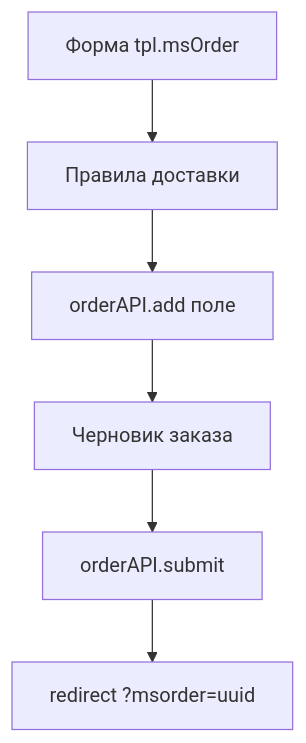
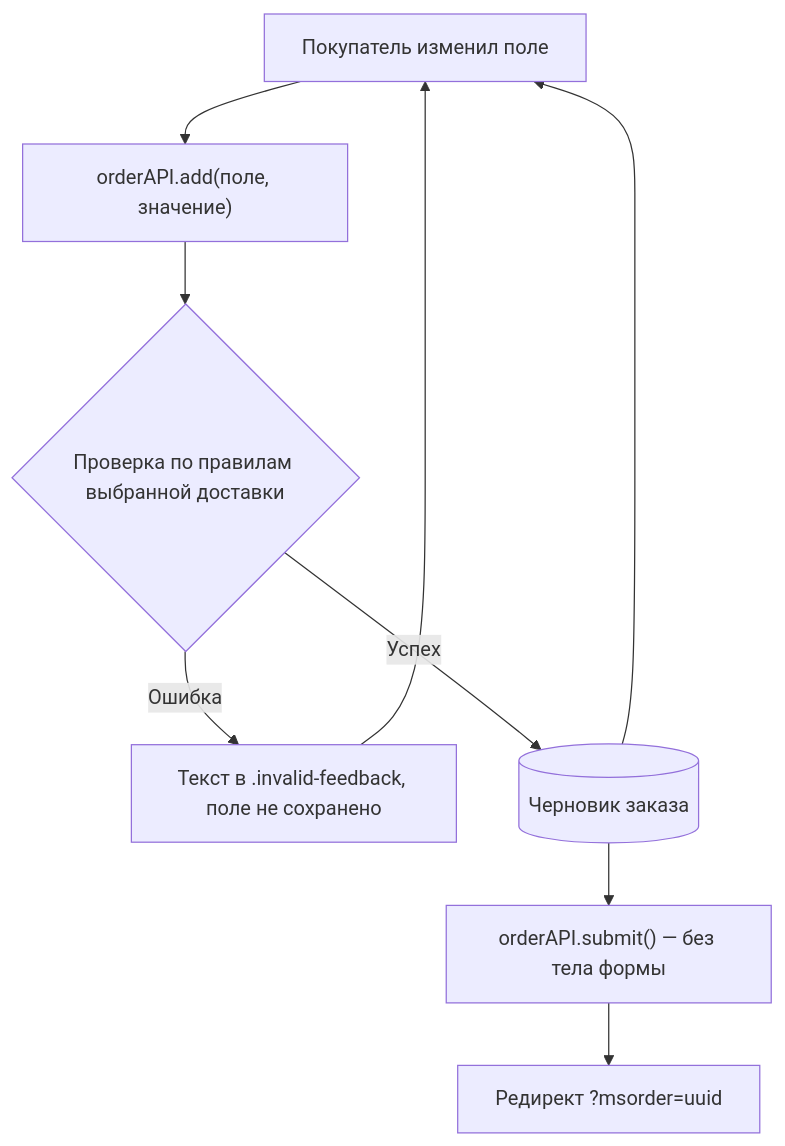
Before and after one commit to modx-pro/Docs: the diagram in docs/components/minishop3/frontend/order.md, drawn with Mermaid. The commit also changed other lines of this file and 3 other files, not shown here.

First line of the commit message:
docs(minishop3): выровнять msOrder с кодом и переписать схему оформления

````diff
--- a/docs/components/minishop3/frontend/order.md
+++ b/docs/components/minishop3/frontend/order.md
@@ -29,8 +31,11 @@
 ```mermaid
 flowchart TB
-  Form[Форма tpl.msOrder] --> Val[Правила доставки]
-  Val --> Add["orderAPI.add поле"]
-  Add --> Draft[Черновик заказа]
-  Draft --> Submit[orderAPI.submit]
-  Submit --> Redirect["redirect ?msorder=uuid"]
+  change[Покупатель изменил поле] --> add["orderAPI.add(поле, значение)"]
+  add --> valid{"Проверка по правилам выбранной доставки"}
+  valid -->|Ошибка| feedback["Текст в .invalid-feedback, поле не сохранено"]
+  valid -->|Успех| draft[(Черновик заказа)]
+  feedback --> change
+  draft --> change
+  draft --> submit["orderAPI.submit() — без тела формы"]
+  submit --> redirect["Редирект ?msorder=uuid"]
 ```
````
